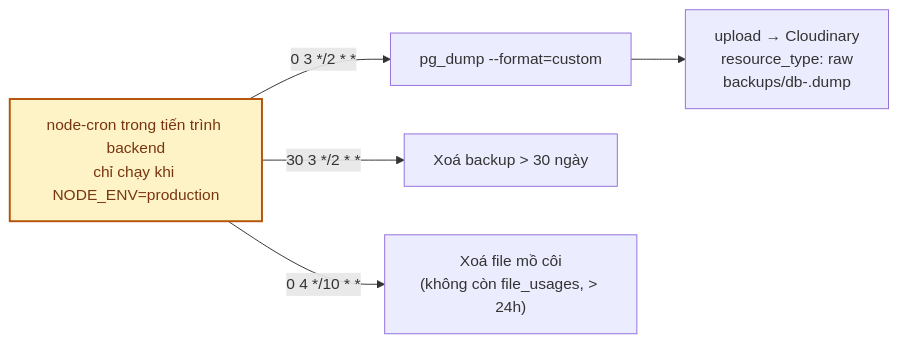
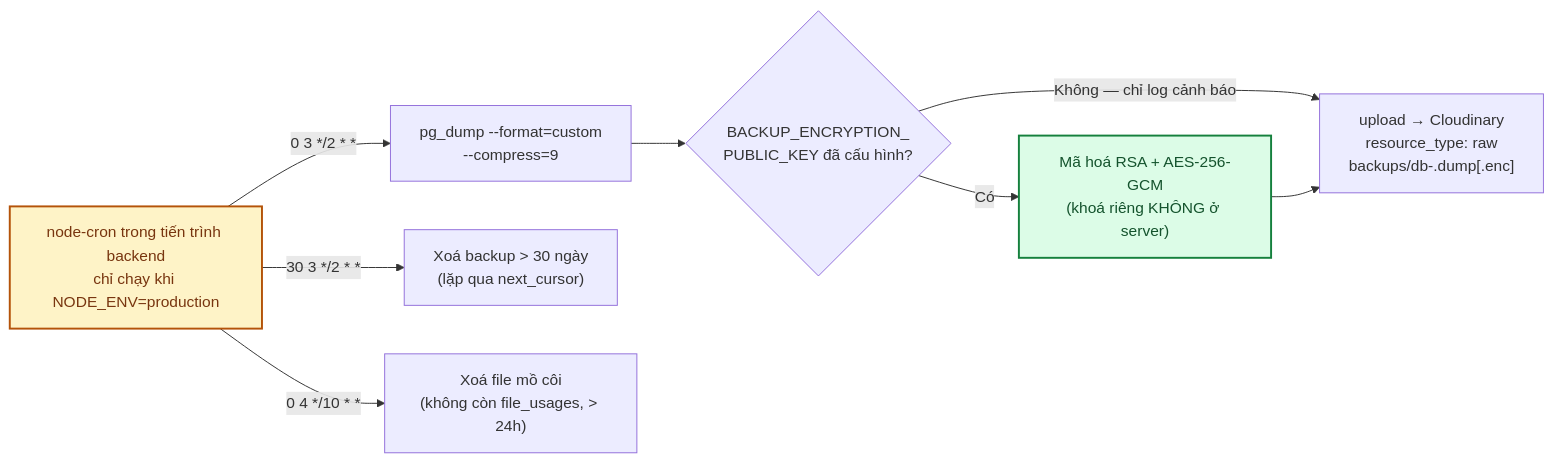
Before and after one commit to Hungvu0712/FLOWER: the fourth of 4 diagrams in docs/10-trien-khai-van-hanh.md, drawn with Mermaid. The commit also changed other lines of this file and 17 other files, not shown here.

````diff
--- a/docs/10-trien-khai-van-hanh.md
+++ b/docs/10-trien-khai-van-hanh.md
@@ -416,9 +416,13 @@
 ```mermaid
 flowchart LR
-    CRON["node-cron trong tiến trình backend<br/>chỉ chạy khi NODE_ENV=production"] -->|"0 3 */2 * *"| DUMP["pg_dump --format=custom"]
-    DUMP --> UP["upload → Cloudinary<br/>resource_type: raw<br/>backups/db-<timestamp>.dump"]
-    CRON -->|"30 3 */2 * *"| CLEAN["Xoá backup > 30 ngày"]
+    CRON["node-cron trong tiến trình backend<br/>chỉ chạy khi NODE_ENV=production"] -->|"0 3 */2 * *"| DUMP["pg_dump --format=custom<br/>--compress=9"]
+    DUMP --> ENC{"BACKUP_ENCRYPTION_<br/>PUBLIC_KEY đã cấu hình?"}
+    ENC -->|Có| CRYPT["Mã hoá RSA + AES-256-GCM<br/>(khoá riêng KHÔNG ở server)"]
+    ENC -->|Không — chỉ log cảnh báo| UP
+    CRYPT --> UP["upload → Cloudinary<br/>resource_type: raw<br/>backups/db-<timestamp>.dump[.enc]"]
+    CRON -->|"30 3 */2 * *"| CLEAN["Xoá backup > 30 ngày<br/>(lặp qua next_cursor)"]
     CRON -->|"0 4 */10 * *"| ORPHAN["Xoá file mồ côi<br/>(không còn file_usages, > 24h)"]
 
     style CRON fill:#fef3c7,stroke:#b45309,stroke-width:2px,color:#78350f
+    style CRYPT fill:#dcfce7,stroke:#15803d,stroke-width:2px,color:#14532d
 ```
````
